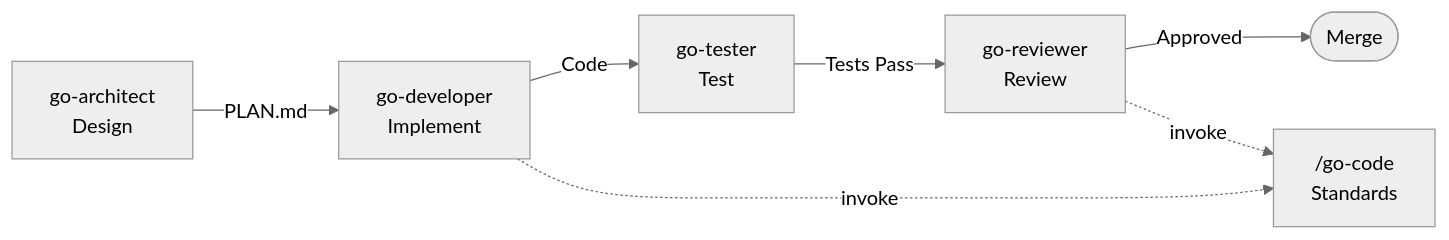
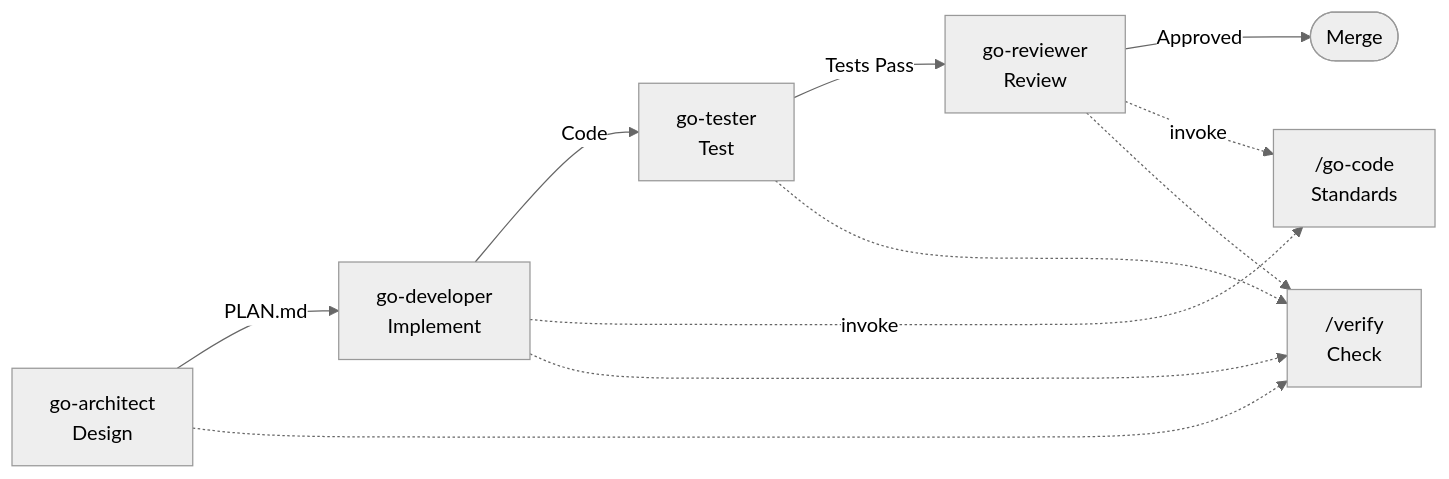
One commit to otaviof/gosmith changed the diagram in README.md. Above: the diagram before and after it, drawn with Mermaid (neutral theme). The commit also changed other lines of this file and 3 other files, not shown here.

````diff
--- a/README.md
+++ b/README.md
@@ -38,16 +38,17 @@
 ```mermaid
 flowchart LR
     go-architect["go-architect<br/>Design"]
     go-developer["go-developer<br/>Implement"]
     go-tester["go-tester<br/>Test"]
     go-reviewer["go-reviewer<br/>Review"]
     go-code["/go-code<br/>Standards"]
+    verify["/verify<br/>Check"]
 
     go-architect -->|PLAN.md| go-developer
     go-developer -->|Code| go-tester
     go-tester -->|Tests Pass| go-reviewer
     go-reviewer -->|Approved| Merge([Merge])
 
-    go-developer -.->|invoke| go-code
-    go-reviewer -.->|invoke| go-code
+    go-developer & go-reviewer -.->|invoke| go-code
+    go-architect & go-developer & go-tester & go-reviewer -.-> verify
 ```
````
